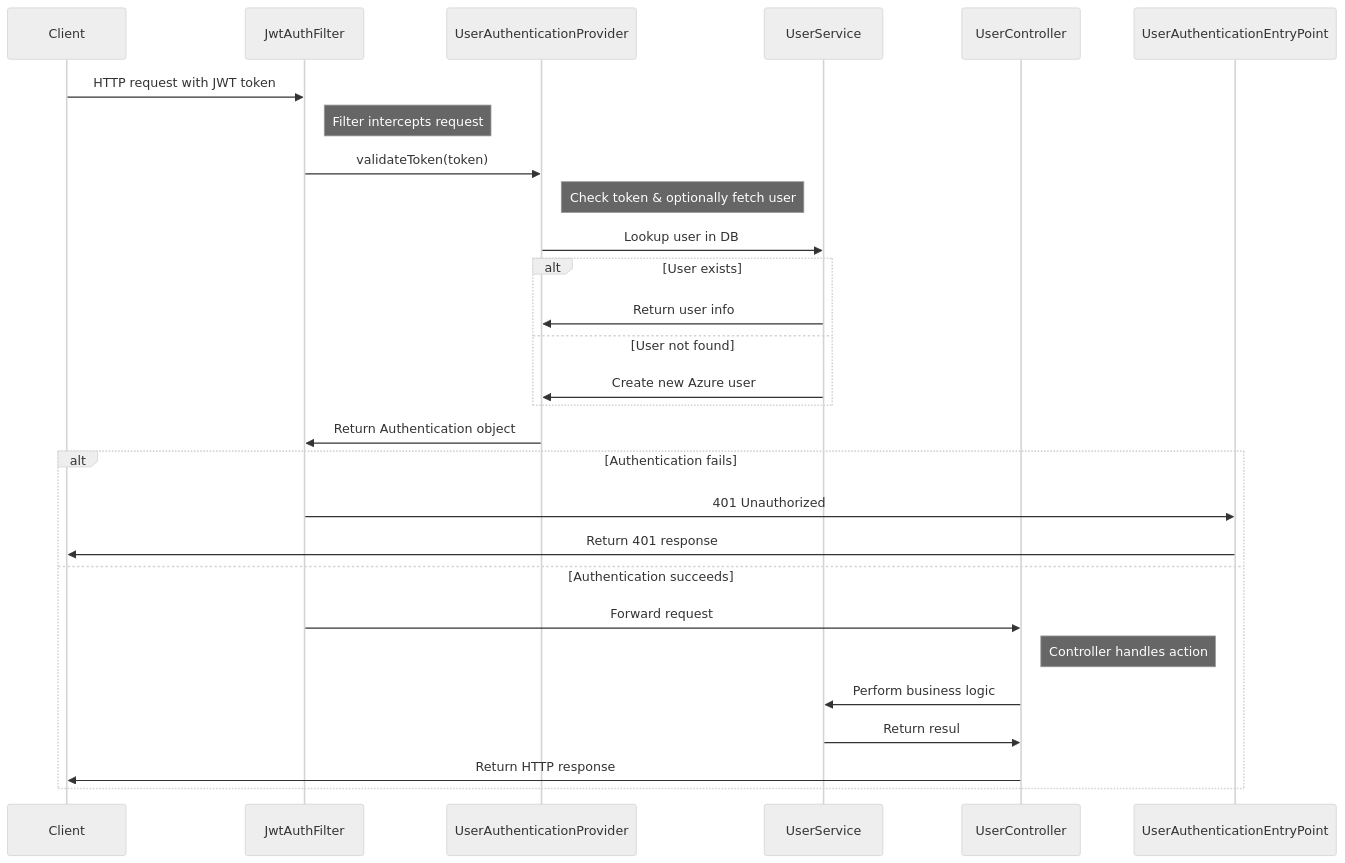
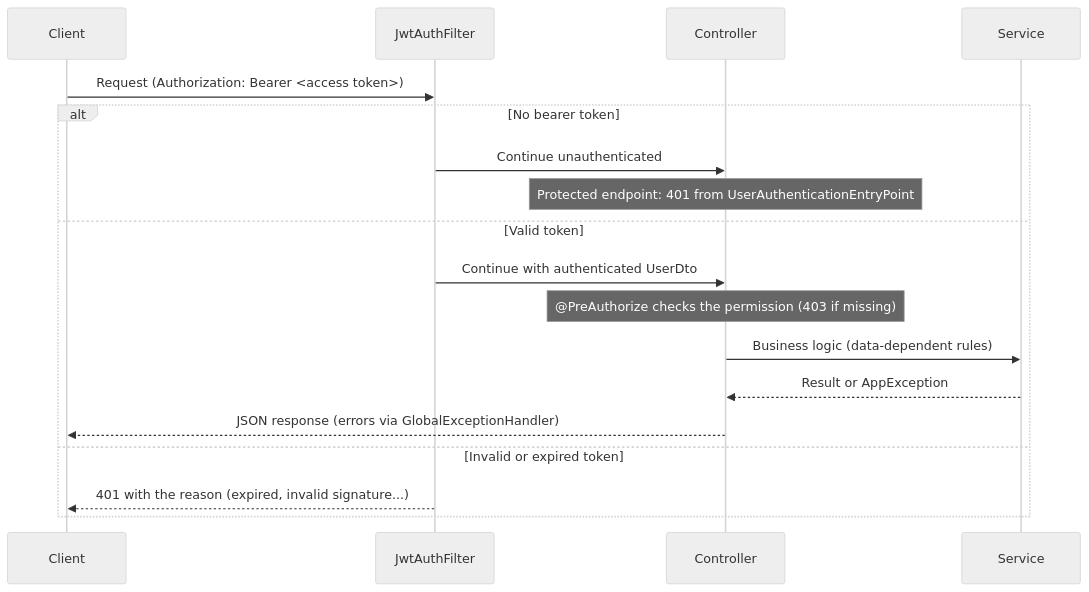
The second of 4 diagrams in docs/process-documentation.md (OrifInformatique/spring-auth), drawn with Mermaid (neutral theme) before and after one commit. The commit also changed other lines of this file and 132 other files, not shown here.

````diff
--- a/docs/process-documentation.md
+++ b/docs/process-documentation.md
@@ -141,31 +182,21 @@
 ```mermaid
 sequenceDiagram
     participant Client
     participant JwtAuthFilter
-    participant UserAuthenticationProvider
-    participant UserService
-    participant UserController
-    participant UserAuthenticationEntryPoint
+    participant Controller
+    participant Service
 
-    Client->>JwtAuthFilter: HTTP request with JWT token
-    note right of JwtAuthFilter: Filter intercepts request
-    JwtAuthFilter->>UserAuthenticationProvider: validateToken(token)
-    note right of UserAuthenticationProvider: Check token & optionally fetch user
-    UserAuthenticationProvider->>UserService: Lookup user in DB
-    alt User exists
-        UserService->>UserAuthenticationProvider: Return user info
-    else User not found
-        UserService->>UserAuthenticationProvider: Create new Azure user
-    end
-    UserAuthenticationProvider->>JwtAuthFilter: Return Authentication object
-    alt Authentication fails
-        JwtAuthFilter->>UserAuthenticationEntryPoint: 401 Unauthorized
-        UserAuthenticationEntryPoint->>Client: Return 401 response
-    else Authentication succeeds
-        JwtAuthFilter->>UserController: Forward request
-        note right of UserController: Controller handles action
-        UserController->>UserService: Perform business logic
-        UserService->>UserController: Return resul
-        UserController->>Client: Return HTTP response
+    Client->>JwtAuthFilter: Request (Authorization: Bearer <access token>)
+    alt No bearer token
+        JwtAuthFilter->>Controller: Continue unauthenticated
+        Note over Controller: Protected endpoint: 401 from UserAuthenticationEntryPoint
+    else Valid token
+        JwtAuthFilter->>Controller: Continue with authenticated UserDto
+        Note over Controller: @PreAuthorize checks the permission (403 if missing)
+        Controller->>Service: Business logic (data-dependent rules)
+        Service-->>Controller: Result or AppException
+        Controller-->>Client: JSON response (errors via GlobalExceptionHandler)
+    else Invalid or expired token
+        JwtAuthFilter-->>Client: 401 with the reason (expired, invalid signature...)
     end
 ```
````
